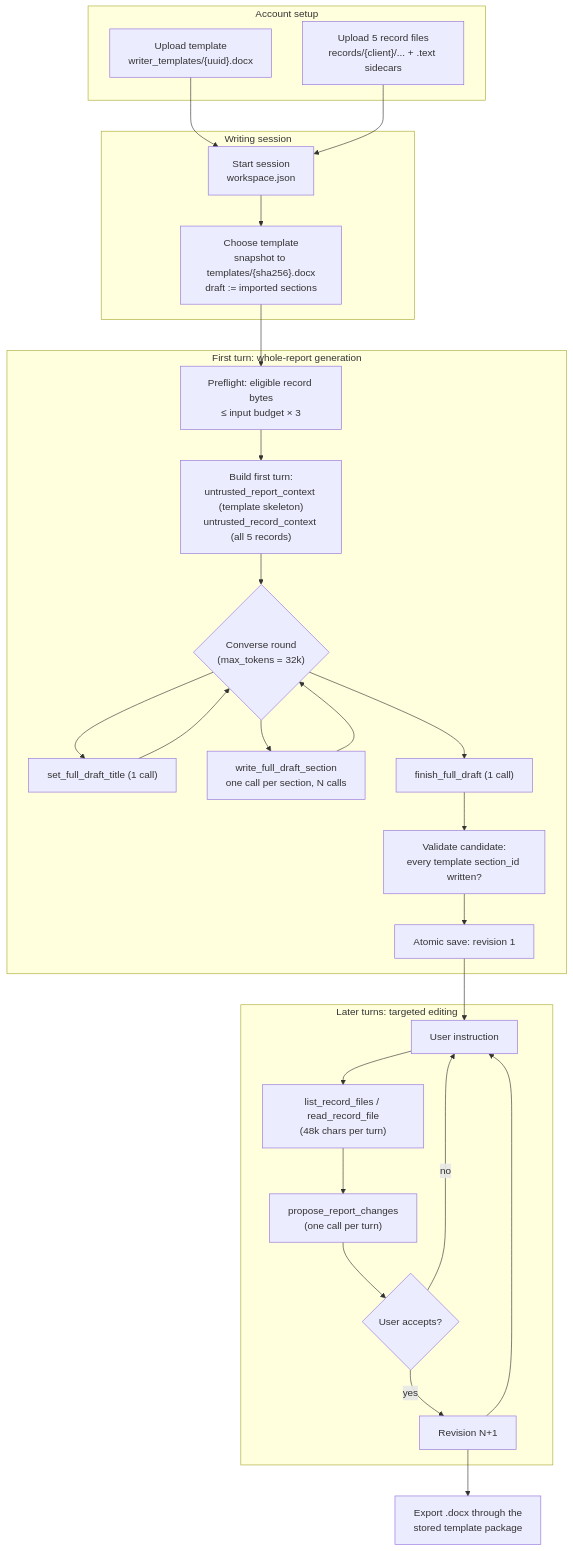
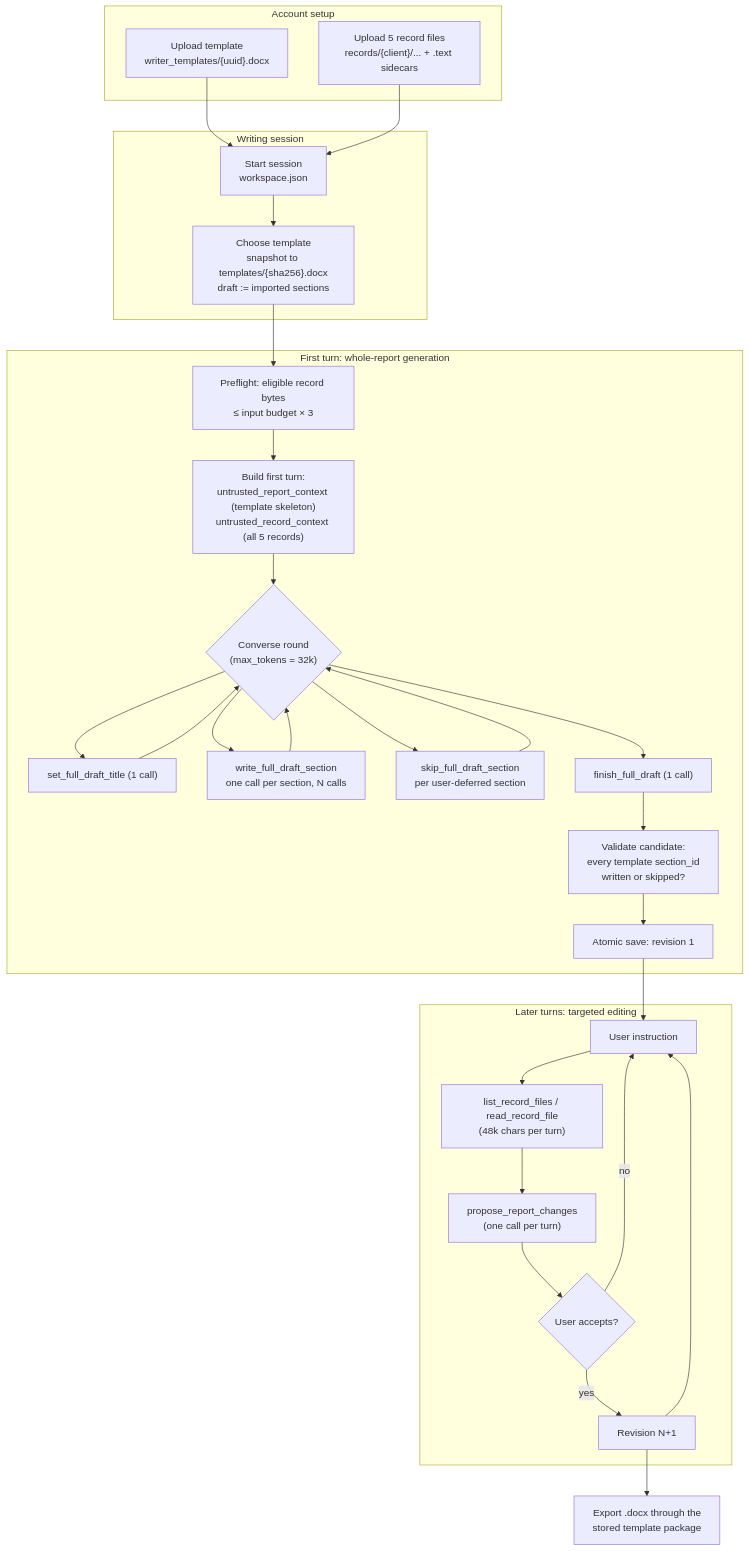
Before and after one commit to claria-ai/claria: the diagram in design/writer.md, drawn with Mermaid. The commit also changed other lines of this file and 11 other files, not shown here.

````diff
--- a/design/writer.md
+++ b/design/writer.md
@@ -47,44 +47,46 @@
 ```mermaid
 flowchart TD
     subgraph Account["Account setup"]
         T["Upload template<br/>writer_templates/{uuid}.docx"]
         R["Upload 5 record files<br/>records/{client}/... + .text sidecars"]
     end
 
     subgraph Session["Writing session"]
         S["Start session<br/>workspace.json"]
         C["Choose template<br/>snapshot to templates/{sha256}.docx<br/>draft := imported sections"]
     end
 
     subgraph Hydrate["First turn: whole-report generation"]
         P["Preflight: eligible record bytes<br/>&le; input budget &times; 3"]
         X["Build first turn:<br/>untrusted_report_context (template skeleton)<br/>untrusted_record_context (all 5 records)"]
         L{"Converse round<br/>(max_tokens = 32k)"}
         TT["set_full_draft_title (1 call)"]
         W["write_full_draft_section<br/>one call per section, N calls"]
+        SK["skip_full_draft_section<br/>per user-deferred section"]
         F["finish_full_draft (1 call)"]
-        V["Validate candidate:<br/>every template section_id written?"]
+        V["Validate candidate:<br/>every template section_id<br/>written or skipped?"]
         REV["Atomic save: revision 1"]
     end
 
     subgraph Interactive["Later turns: targeted editing"]
         I["User instruction"]
         RD["list_record_files / read_record_file<br/>(48k chars per turn)"]
         PR["propose_report_changes<br/>(one call per turn)"]
         ACC{"User accepts?"}
         REVN["Revision N+1"]
     end
 
     E["Export .docx through the<br/>stored template package"]
 
     T --> S
     R --> S
     S --> C --> P --> X --> L
     L --> TT --> L
     L --> W --> L
+    L --> SK --> L
     L --> F --> V --> REV
     REV --> I --> RD --> PR --> ACC
     ACC -- yes --> REVN --> I
     ACC -- no --> I
     REVN --> E
 ```
````
